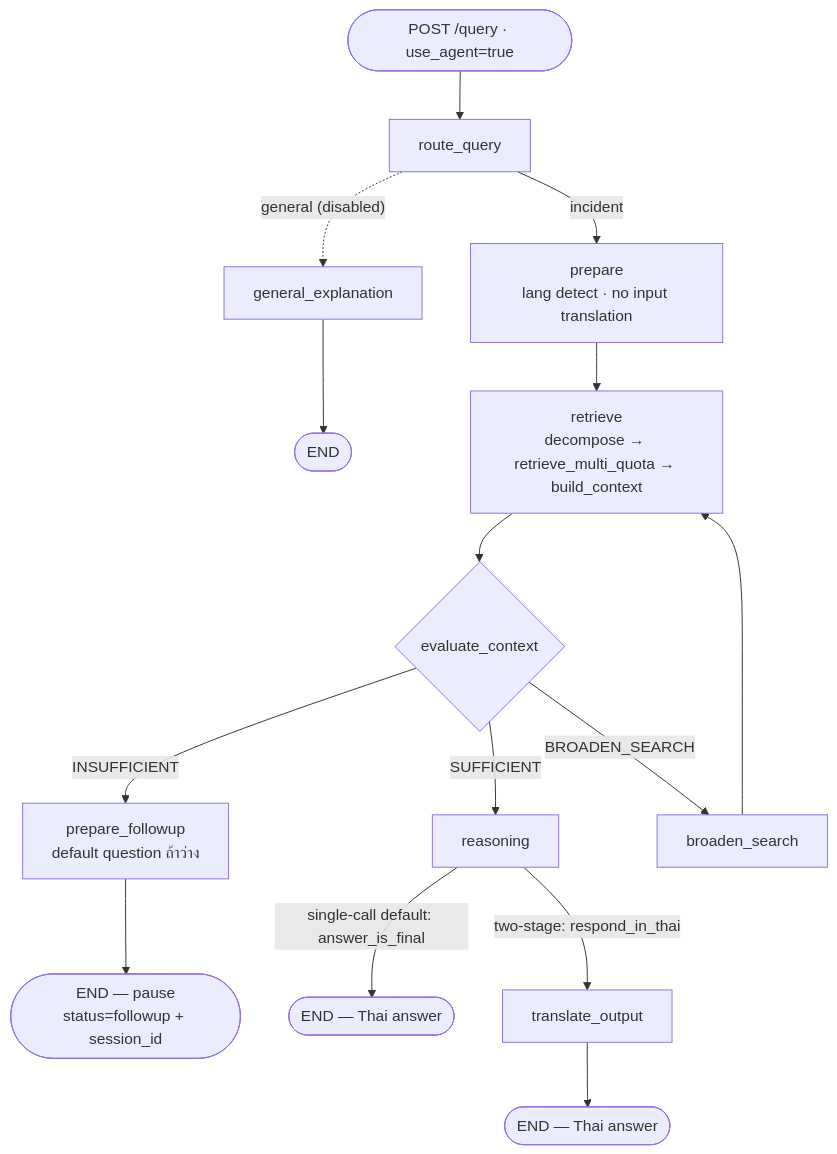
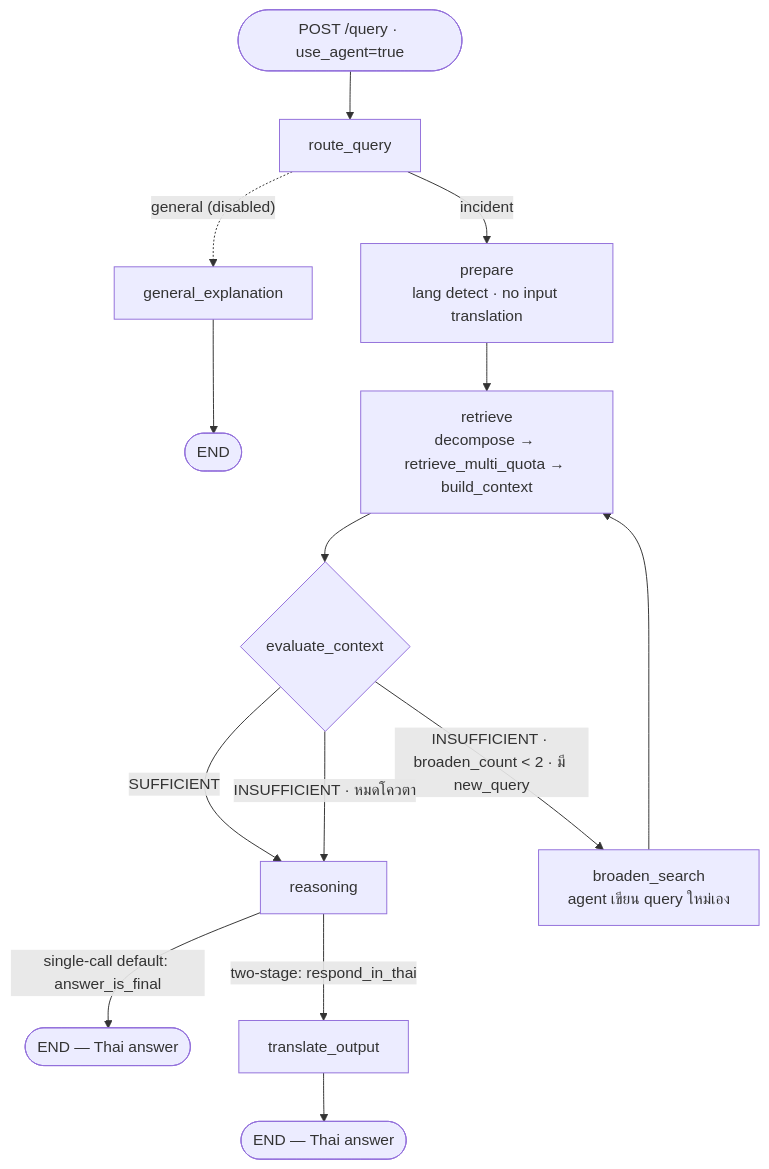
One commit to KKhamwiset/Cybercase-Intelligence-Framework changed the second of 6 diagrams in rag_service/docs/ARCHITECTURE_v2.md. Above: the diagram before and after it, drawn with Mermaid. The commit also changed other lines of this file and 24 other files, not shown here.

````diff
--- a/rag_service/docs/ARCHITECTURE_v2.md
+++ b/rag_service/docs/ARCHITECTURE_v2.md
@@ -55,14 +57,13 @@
 ```mermaid
 flowchart TD
   START(["POST /query · use_agent=true"]) --> RQ["route_query"]
   RQ -->|incident| PREP["prepare<br/>lang detect · no input translation"]
   RQ -.->|"general (disabled)"| GE["general_explanation"] --> E1(["END"])
   PREP --> RET["retrieve<br/>decompose → retrieve_multi_quota → build_context"]
   RET --> EV{"evaluate_context"}
   EV -->|SUFFICIENT| RE["reasoning"]
-  EV -->|INSUFFICIENT| FU["prepare_followup<br/>default question ถ้าว่าง"]
-  FU --> PAUSE(["END — pause<br/>status=followup + session_id"])
-  EV -->|BROADEN_SEARCH| BR["broaden_search"] --> RET
+  EV -->|"INSUFFICIENT · broaden_count &lt; 2 · มี new_query"| BR["broaden_search<br/>agent เขียน query ใหม่เอง"] --> RET
+  EV -->|"INSUFFICIENT · หมดโควตา"| RE
   RE -->|"single-call default: answer_is_final"| E2(["END — Thai answer"])
   RE -->|"two-stage: respond_in_thai"| TR["translate_output"] --> E3(["END — Thai answer"])
 ```
````
